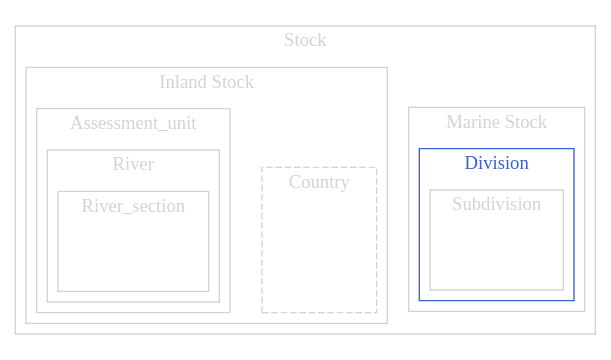
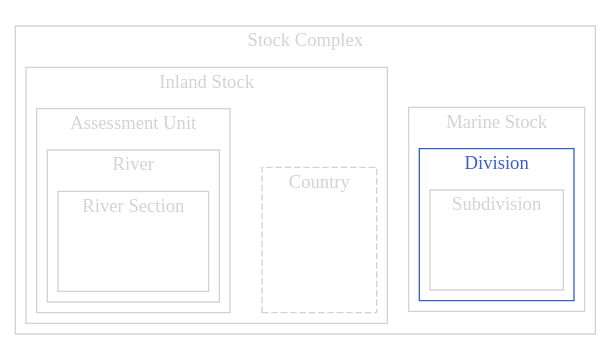
Before and after one commit to DIASPARAproject/WP3_habitat: the eighth of 20 diagrams in R/generating_graphs.qmd, drawn with Graphviz. The commit also changed other lines of this file and 3 other files, not shown here.

```diff
--- a/R/generating_graphs.qmd
+++ b/R/generating_graphs.qmd
@@ -722,7 +722,7 @@
     rankdir="LR";
 
     subgraph clusterZ {
-      label = Stock
+      label = "Stock Complex"
       style=full
       color=lightgray
       fontcolor=lightgray
@@ -736,21 +736,21 @@
         center=true
 
         subgraph clusterB {
-        label = Assessment_unit
+        label= "Assessment Unit"
         style=full
         color=lightgray
         fontcolor=lightgray
         center=true
 
           subgraph clusterC {
-          label = River
+          label = "River"
           style=full
           color=lightgray
           fontcolor=lightgray
           center=true
                 
             subgraph clusterD {
-            label = River_section
+            label = "River Section"
             style=full
             color=lightgray
             fontcolor=lightgray
```
